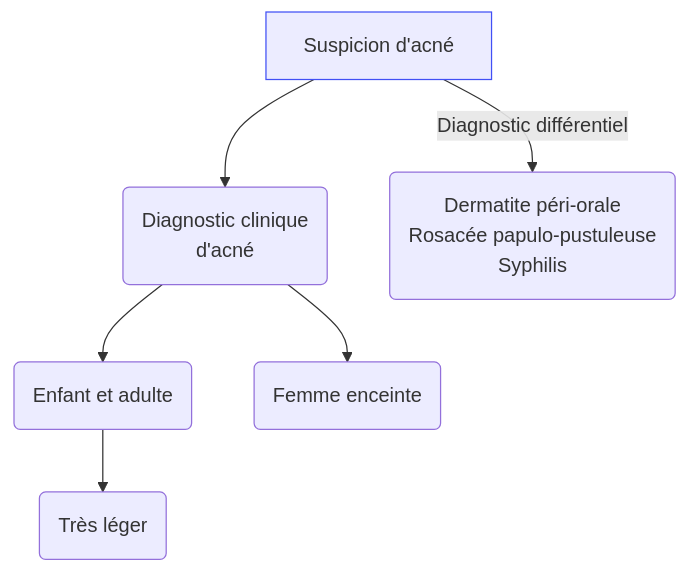
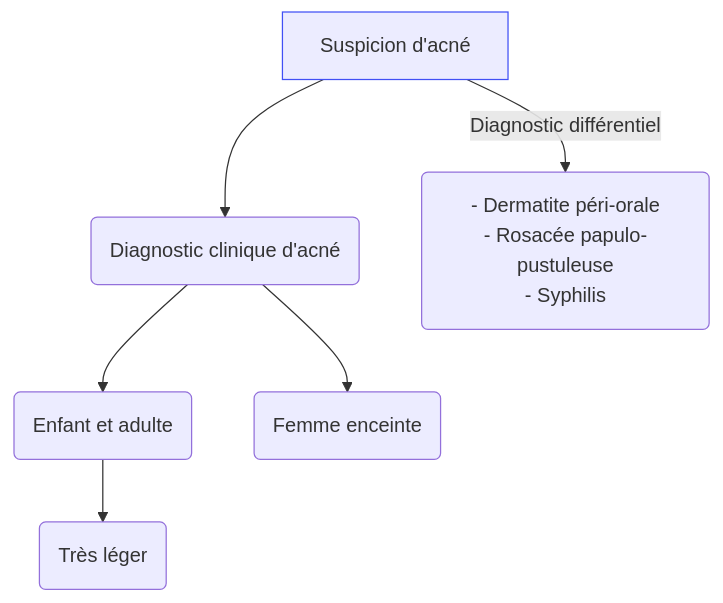
Before and after one commit to djibe/recommandations-medicales: the diagram in content/recommandations/acne.md, drawn with Mermaid. The commit also changed other lines of this file and 5 other files, not shown here.

```diff
--- a/content/recommandations/acne.md
+++ b/content/recommandations/acne.md
@@ -174,9 +174,9 @@
 {{< mermaid title="Choix du traitement devant une acné. Dr JB FRON d'après SFDermato 2015">}}
 graph TB
-  suspicion["Suspicion d'acné"] --> diagnostic("Diagnostic clinique<br>d'acné")
+  suspicion["Suspicion d'acné"] --> diagnostic(Diagnostic clinique d'acné)
   style suspicion stroke:#4150f5, stroke-width:1px
-  suspicion --"Diagnostic différentiel"--> differentiel("Dermatite péri-orale<br>Rosacée papulo-pustuleuse<br>Syphilis")
-    diagnostic --> personne("Enfant et adulte")
-      personne --> tresLeger("Très léger")
-    diagnostic --> grossesse("Femme enceinte")
+  suspicion -- Diagnostic différentiel --> differentiel("- Dermatite péri-orale<br>- Rosacée papulo-pustuleuse<br>- Syphilis")
+    diagnostic --> personne(Enfant et adulte)
+      personne --> tresLeger(Très léger)
+    diagnostic --> grossesse(Femme enceinte)
 {{< /mermaid >}}
```
